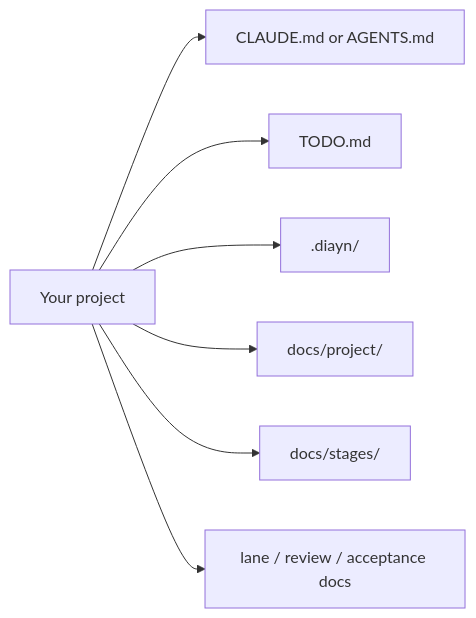
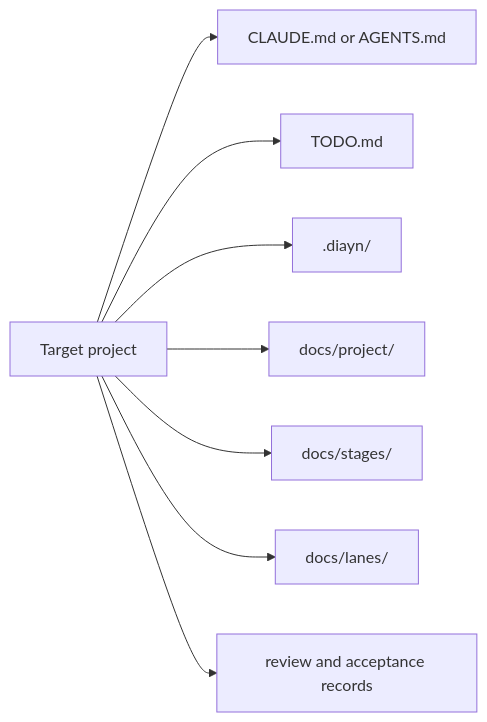
The second of 2 diagrams in README.md (ice268528/Docs-is-all-you-need), drawn with Mermaid before and after one commit. The commit also changed other lines of this file and 386 other files, not shown here.

````diff
--- a/README.md
+++ b/README.md
@@ -103,9 +120,10 @@
 ```mermaid
 flowchart LR
-  P["Your project"] --> A["CLAUDE.md or AGENTS.md"]
+  P["Target project"] --> A["CLAUDE.md or AGENTS.md"]
   P --> B["TODO.md"]
   P --> C[".diayn/"]
   P --> D["docs/project/"]
   P --> E["docs/stages/"]
-  P --> F["lane / review / acceptance docs"]
+  P --> F["docs/lanes/"]
+  P --> G["review and acceptance records"]
 ```
````
